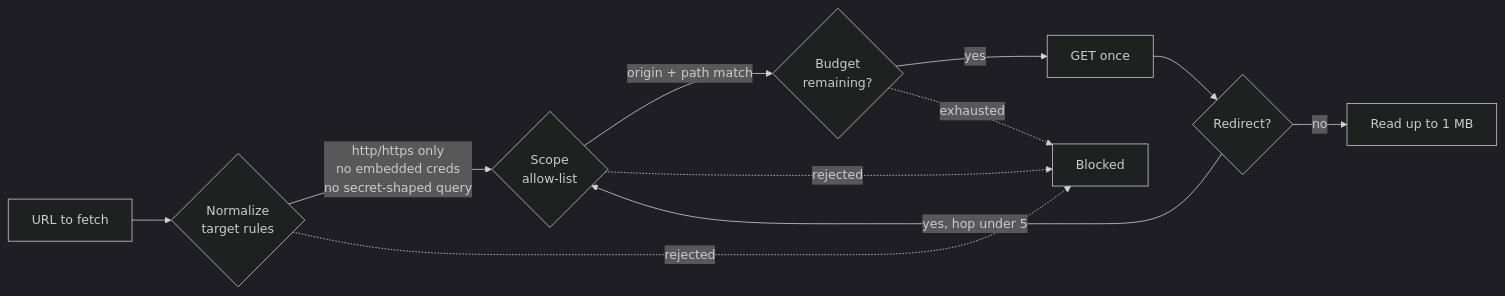
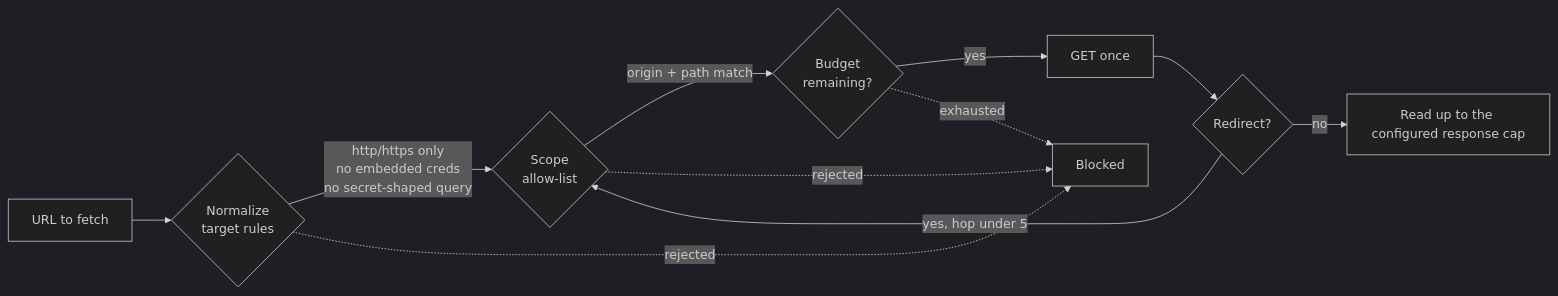
Before and after one commit to maprestore/sentinelscan: the diagram in docs/SAFETY.md, drawn with Mermaid (dark theme). The commit also changed other lines of this file and 36 other files, not shown here.

Commit message:
Update SentinelScan: private-file detection, workflow security, docs and schemas

````diff
--- a/docs/SAFETY.md
+++ b/docs/SAFETY.md
@@ -20,13 +20,13 @@
 ```mermaid
 flowchart LR
     U[URL to fetch] --> N{Normalize<br/>target rules}
     N -->|http/https only<br/>no embedded creds<br/>no secret-shaped query| S{Scope<br/>allow-list}
     S -->|origin + path match| B{Budget<br/>remaining?}
     B -->|yes| G[GET once]
     G --> R{Redirect?}
     R -->|yes, hop under 5| S
-    R -->|no| D[Read up to 1 MB]
+    R -->|no| D[Read up to the configured response cap]
     N -.->|rejected| X[Blocked]
     S -.->|rejected| X
     B -.->|exhausted| X
 ```
````
